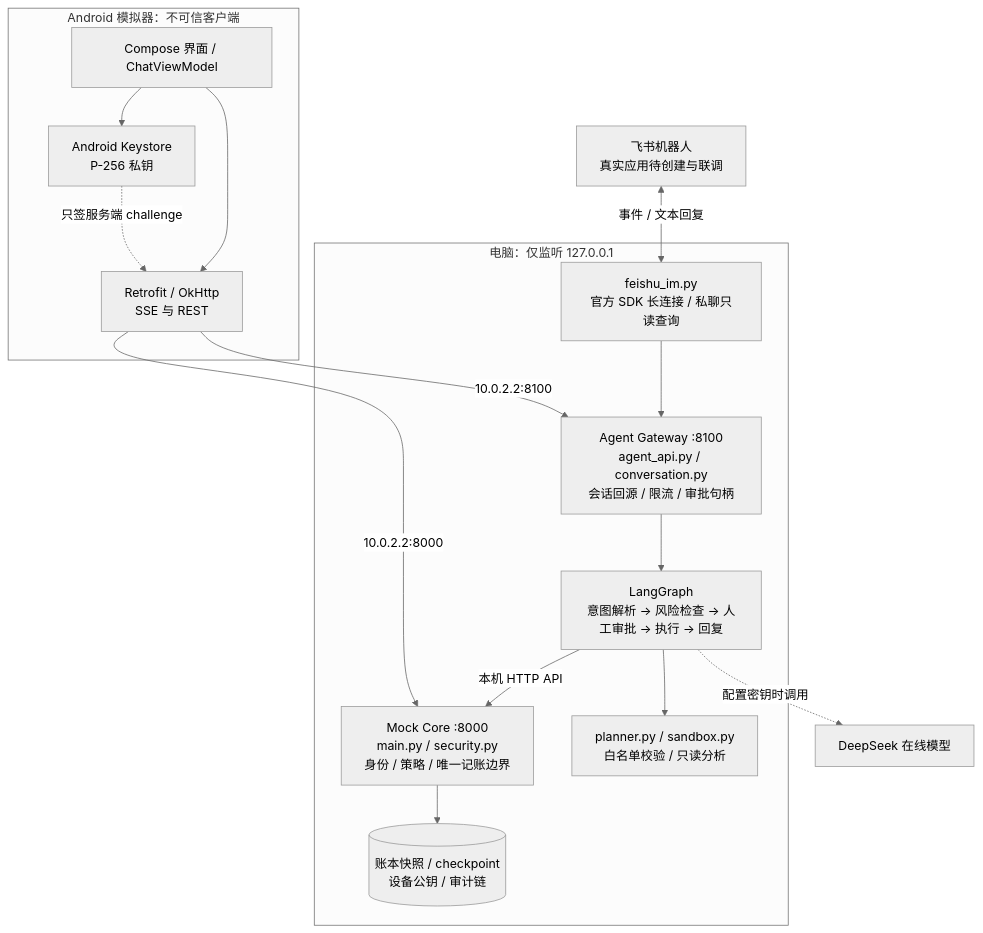
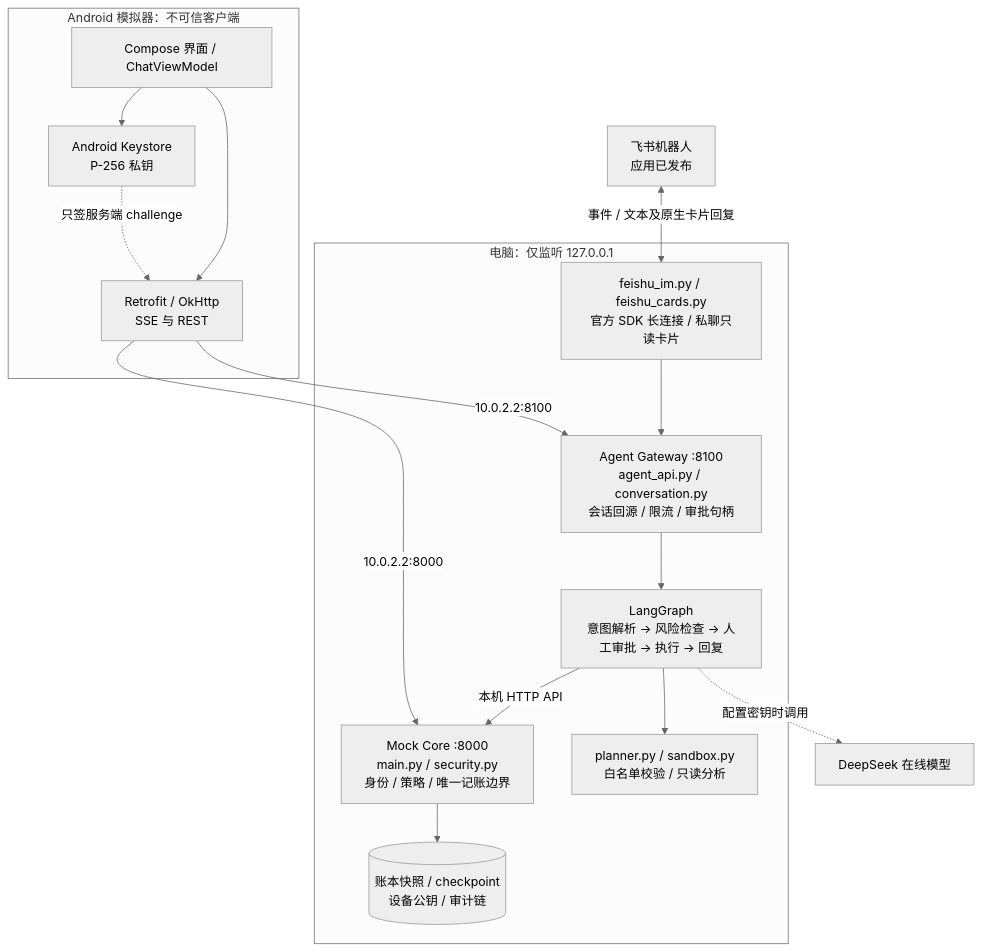
The first of 2 diagrams in docs/技术文档.md (Zagadka-3906/ai-banking-agent), drawn with Mermaid (neutral theme) before and after one commit. The commit also changed other lines of this file and 10 other files, not shown here.

Commit message:
feat: render Feishu read-only queries as native cards

````diff
--- a/docs/技术文档.md
+++ b/docs/技术文档.md
@@ -7,26 +7,26 @@
 ```mermaid
 flowchart TB
     subgraph Emulator[Android 模拟器：不可信客户端]
       UI[Compose 界面 / ChatViewModel]
       KEY[Android Keystore<br/>P-256 私钥]
       NET[Retrofit / OkHttp<br/>SSE 与 REST]
       UI --> NET
       UI --> KEY
     end
     subgraph Host[电脑：仅监听 127.0.0.1]
       GW[Agent Gateway :8100<br/>agent_api.py / conversation.py<br/>会话回源 / 限流 / 审批句柄]
-      IM[feishu_im.py<br/>官方 SDK 长连接 / 私聊只读查询]
+      IM[feishu_im.py / feishu_cards.py<br/>官方 SDK 长连接 / 私聊只读卡片]
       GRAPH[LangGraph<br/>意图解析 → 风险检查 → 人工审批 → 执行 → 回复]
       CORE[Mock Core :8000<br/>main.py / security.py<br/>身份 / 策略 / 唯一记账边界]
       PLAN[planner.py / sandbox.py<br/>白名单校验 / 只读分析]
       STORE[(账本快照 / checkpoint<br/>设备公钥 / 审计链)]
       GW --> GRAPH --> PLAN
       IM --> GW
       GRAPH -->|本机 HTTP API| CORE --> STORE
     end
     NET -->|10.0.2.2:8100| GW
     NET -->|10.0.2.2:8000| CORE
     KEY -.只签服务端 challenge.-> NET
     GRAPH -.配置密钥时调用.-> LLM[DeepSeek 在线模型]
-    FEISHU[飞书机器人<br/>真实应用待创建与联调] <-->|事件 / 文本回复| IM
+    FEISHU[飞书机器人<br/>应用已发布] <-->|事件 / 文本及原生卡片回复| IM
 ```
````
